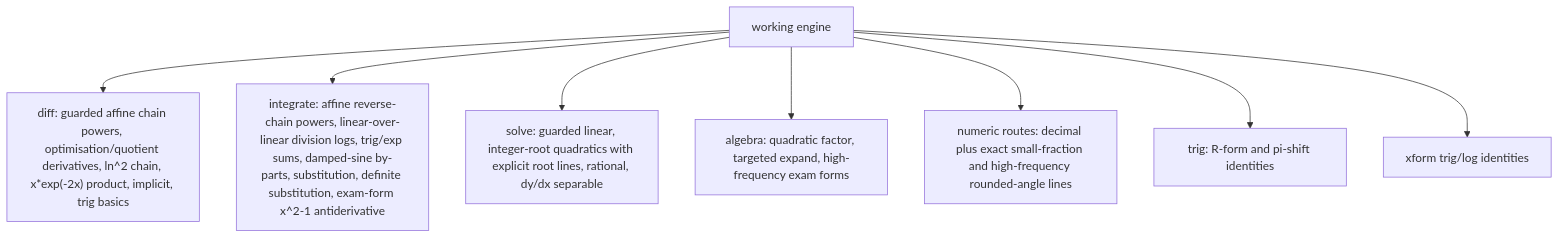
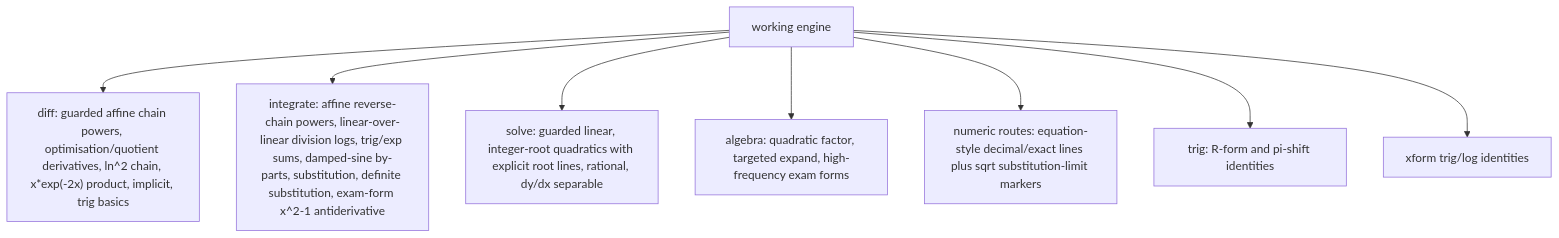
The third of 6 diagrams in docs/GRAPH.md (james8464/notes-addin-casio-fx-cg50), drawn with Mermaid before and after one commit. The commit also changed other lines of this file and 3 other files, not shown here.

Commit message:
feat: add sqrt limit markers

````diff
--- a/docs/GRAPH.md
+++ b/docs/GRAPH.md
@@ -36,10 +36,10 @@
 ```mermaid
 graph TD
   Work["working engine"] --> Diff["diff: guarded affine chain powers, optimisation/quotient derivatives, ln^2 chain, x*exp(-2x) product, implicit, trig basics"]
   Work --> Int["integrate: affine reverse-chain powers, linear-over-linear division logs, trig/exp sums, damped-sine by-parts, substitution, definite substitution, exam-form x^2-1 antiderivative"]
   Work --> Solve["solve: guarded linear, integer-root quadratics with explicit root lines, rational, dy/dx separable"]
   Work --> Alg["algebra: quadratic factor, targeted expand, high-frequency exam forms"]
-  Work --> Num["numeric routes: decimal plus exact small-fraction and high-frequency rounded-angle lines"]
+  Work --> Num["numeric routes: equation-style decimal/exact lines plus sqrt substitution-limit markers"]
   Work --> Trig["trig: R-form and pi-shift identities"]
   Work --> Xform["xform trig/log identities"]
 ```
````
